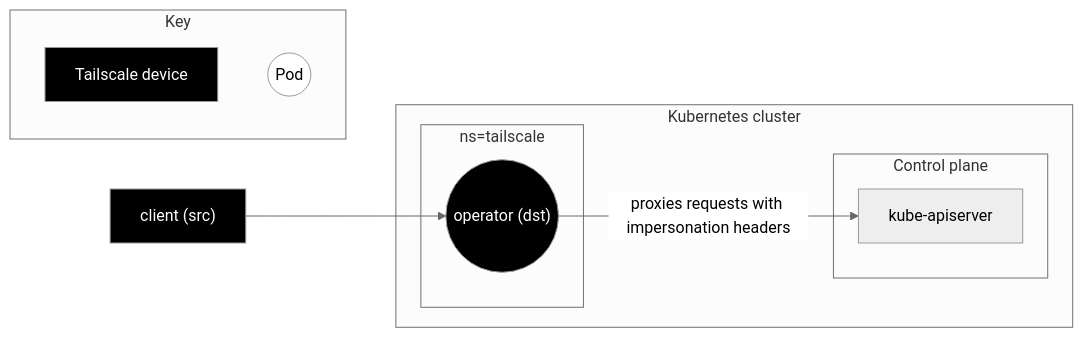
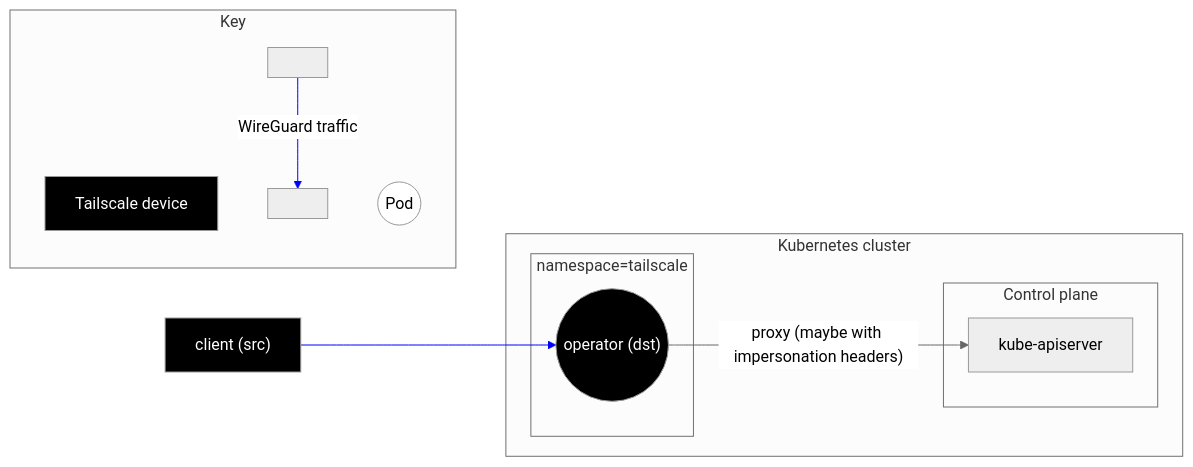
One commit to tailscale/tailscale changed the first of 7 diagrams in docs/k8s/operator-architecture.md. Above: the diagram before and after it, drawn with Mermaid. The commit also changed other lines of this file, not shown here.

````diff
--- a/docs/k8s/operator-architecture.md
+++ b/docs/k8s/operator-architecture.md
@@ -23,24 +35,28 @@
 ```mermaid
 %%{ init: { 'theme':'neutral' } }%%
 flowchart LR
     classDef tsnode color:#fff,fill:#000;
     classDef pod fill:#fff;
 
     subgraph Key
         ts[Tailscale device]:::tsnode
         pod((Pod)):::pod
+        hidden[" "]-->|WireGuard traffic|hidden2[" "]
     end
 
     subgraph k8s[Kubernetes cluster]
-        subgraph tailscale-ns[ns=tailscale]
+        subgraph tailscale-ns[namespace=tailscale]
             operator(("operator (dst)")):::tsnode
         end
 
         subgraph controlplane["Control plane"]
             api[kube-apiserver]
         end
     end
     client["client (src)"]:::tsnode --> operator
-    operator-->|proxies requests with impersonation headers| api
+    operator-->|"proxy (maybe with impersonation headers)"| api
+
+    linkStyle 0 stroke:blue;
+    linkStyle 1 stroke:blue;
 
 ```
````
